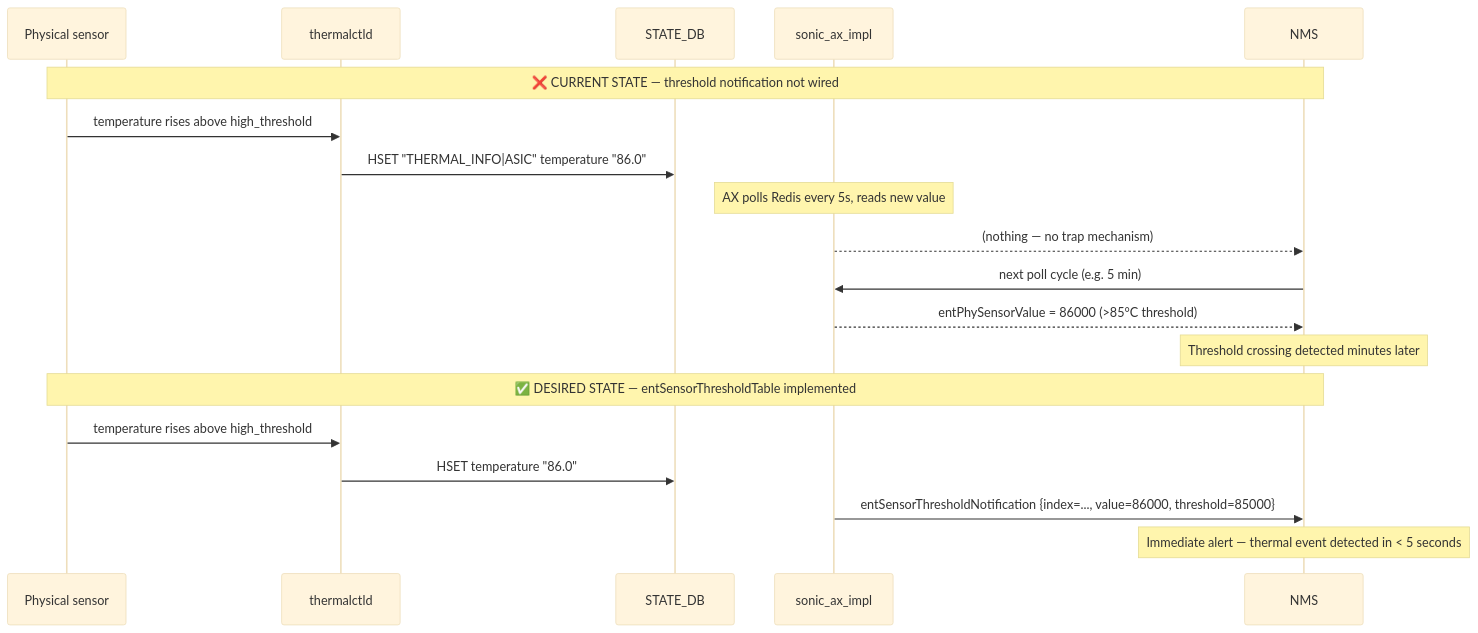
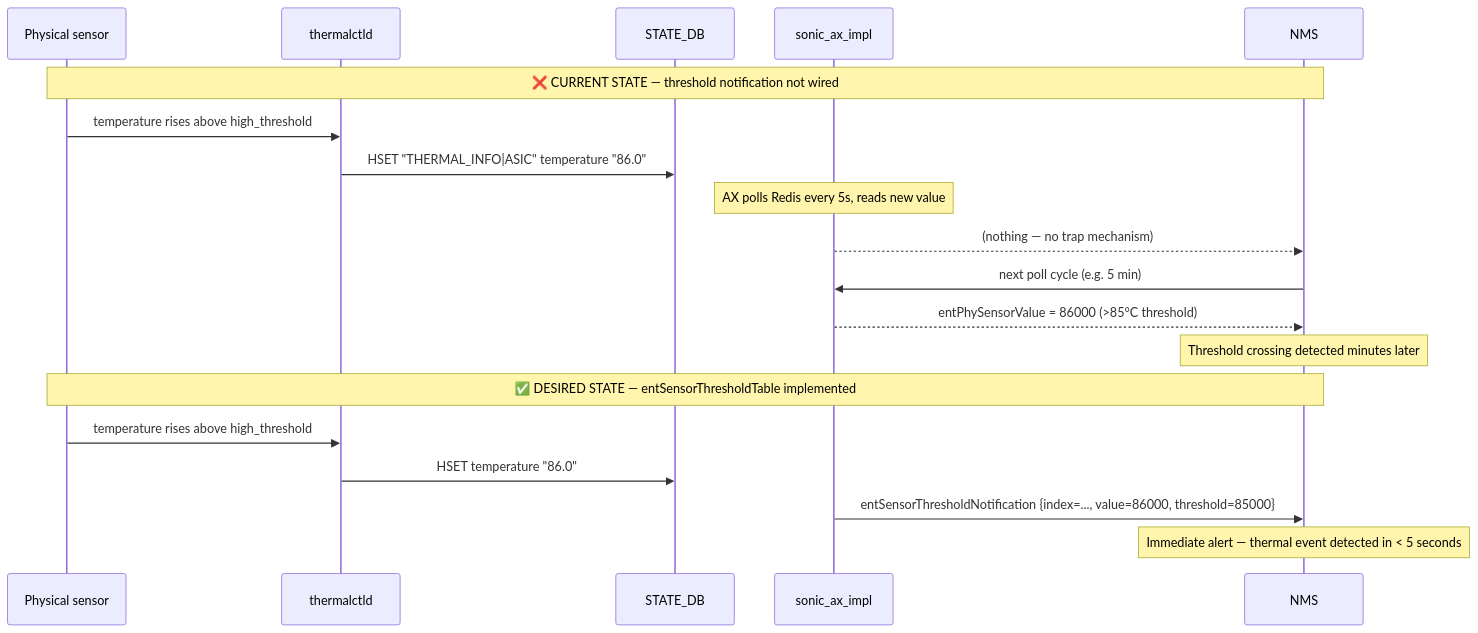
Before and after one commit to thongal-upscale/sonic-snmpagent: diagram 16 of 17 in docs/nms_compliance_gaps.md, drawn with Mermaid. The commit also changed other lines of this file, not shown here.

Commit message:
docs: redesign diagrams with vibrant colors, expand pytest lifecycle, add BGP AgentX container

````diff
--- a/docs/nms_compliance_gaps.md
+++ b/docs/nms_compliance_gaps.md
@@ -997,26 +1057,25 @@
 ```mermaid
-%%{init: {'theme': 'base', 'themeVariables': {'fontSize': '18px', 'lineHeight': '1.5'}, 'flowchart': {'nodeSpacing': 60, 'rankSpacing': 70, 'padding': 20}, 'sequence': {'actorFontSize': 18, 'noteFontSize': 17, 'messageFontSize': 17}}}%%
 sequenceDiagram
     participant Sensor as Physical sensor
     participant Daemon as thermalctld
     participant Redis  as STATE_DB
     participant AX    as sonic_ax_impl
     participant NMS   as NMS
 
     Note over Sensor,NMS: ❌ CURRENT STATE — threshold notification not wired
 
     Sensor->>Daemon: temperature rises above high_threshold
     Daemon->>Redis: HSET "THERMAL_INFO|ASIC" temperature "86.0"
     Note over AX: AX polls Redis every 5s, reads new value
     AX-->>NMS: (nothing — no trap mechanism)
     NMS->>AX: next poll cycle (e.g. 5 min)
     AX-->>NMS: entPhySensorValue = 86000 (>85°C threshold)
     Note over NMS: Threshold crossing detected minutes later
 
     Note over Sensor,NMS: ✅ DESIRED STATE — entSensorThresholdTable implemented
 
     Sensor->>Daemon: temperature rises above high_threshold
     Daemon->>Redis: HSET temperature "86.0"
     AX->>NMS: entSensorThresholdNotification {index=..., value=86000, threshold=85000}
     Note over NMS: Immediate alert — thermal event detected in < 5 seconds
 ```
````
